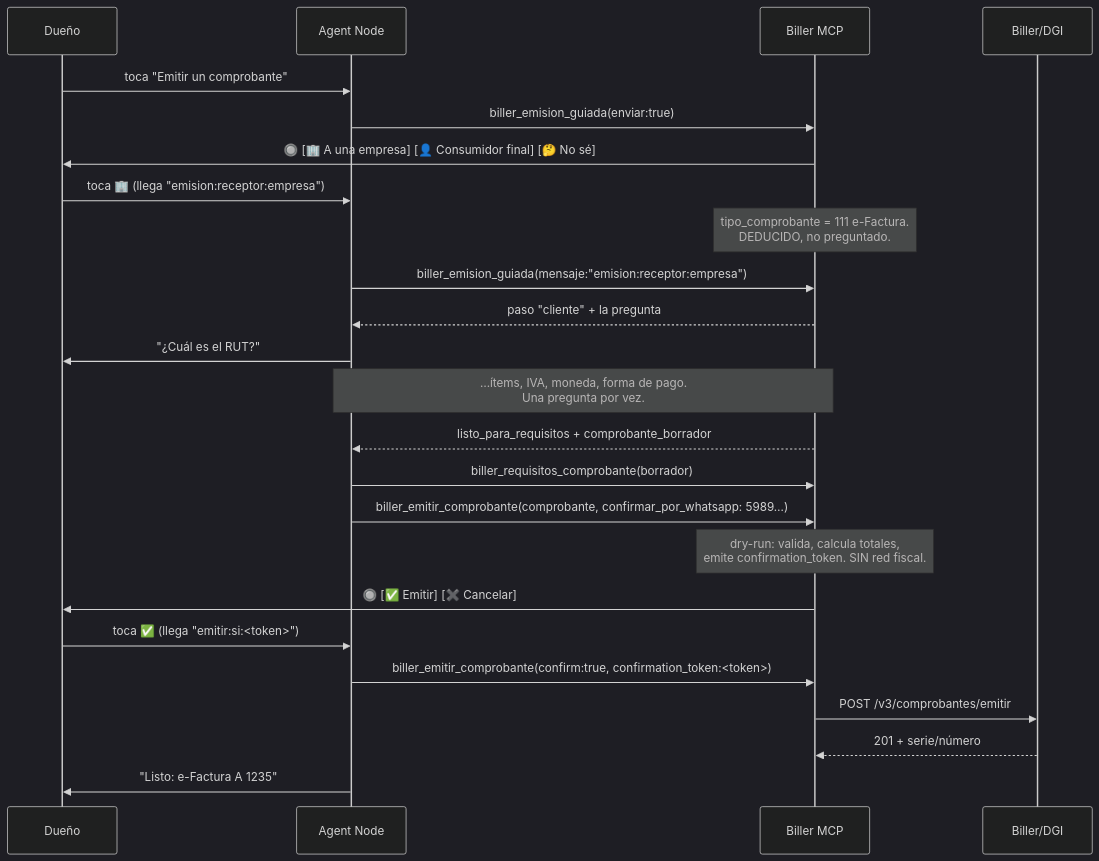
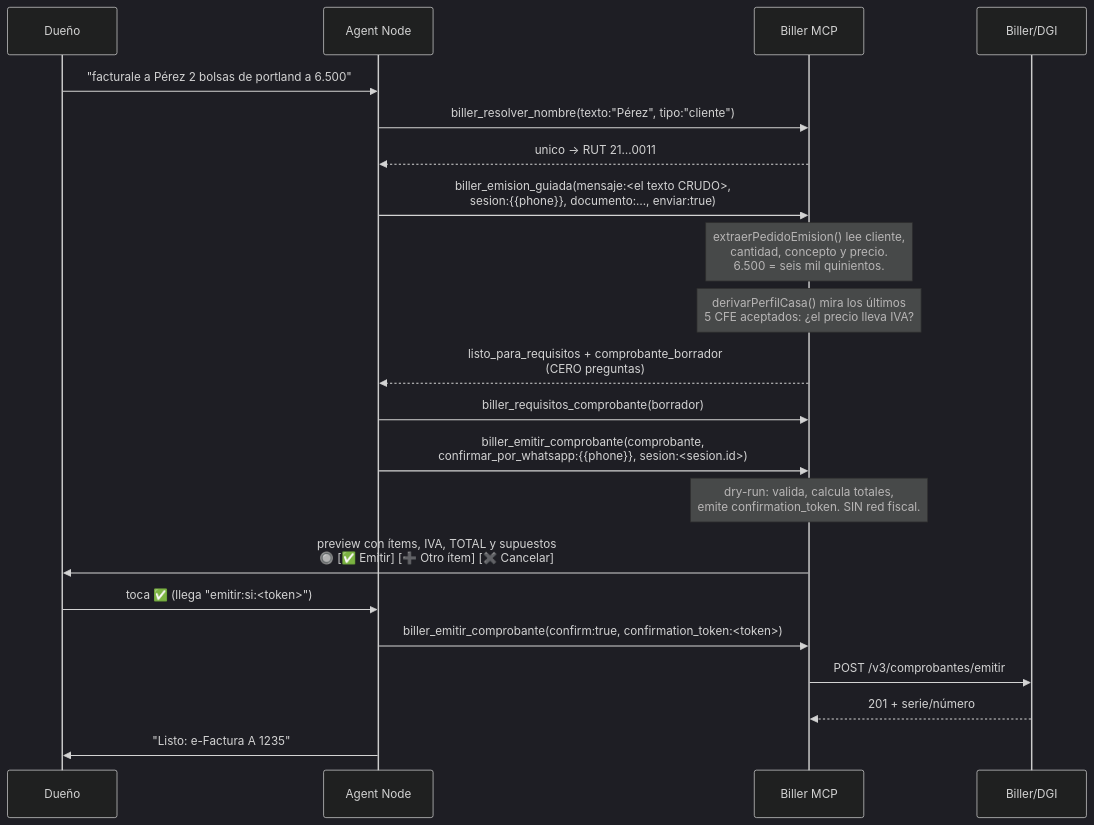
Before and after one commit to MateoFabregat/MCP_Biller: the second of 2 diagrams in docs/FLUJO_WHATSAPP.md, drawn with Mermaid (dark theme). The commit also changed other lines of this file and 5 other files, not shown here.

````diff
--- a/docs/FLUJO_WHATSAPP.md
+++ b/docs/FLUJO_WHATSAPP.md
@@ -241,27 +321,24 @@
 ```mermaid
 sequenceDiagram
     participant U as Dueño
     participant K as Agent Node
     participant M as Biller MCP
     participant B as Biller/DGI
 
-    U->>K: toca "Emitir un comprobante"
-    K->>M: biller_emision_guiada(enviar:true)
-    M->>U: 🔘 [🏢 A una empresa] [👤 Consumidor final] [🤔 No sé]
-    U->>K: toca 🏢 (llega "emision:receptor:empresa")
-    Note over M: tipo_comprobante = 111 e-Factura.<br/>DEDUCIDO, no preguntado.
-    K->>M: biller_emision_guiada(mensaje:"emision:receptor:empresa")
-    M-->>K: paso "cliente" + la pregunta
-    K->>U: "¿Cuál es el RUT?"
-    Note over K,M: …ítems, IVA, moneda, forma de pago.<br/>Una pregunta por vez.
-    M-->>K: listo_para_requisitos + comprobante_borrador
+    U->>K: "facturale a Pérez 2 bolsas de portland a 6.500"
+    K->>M: biller_resolver_nombre(texto:"Pérez", tipo:"cliente")
+    M-->>K: unico → RUT 21…0011
+    K->>M: biller_emision_guiada(mensaje:<el texto CRUDO>,<br/>sesion:{{phone}}, documento:…, enviar:true)
+    Note over M: extraerPedidoEmision() lee cliente,<br/>cantidad, concepto y precio.<br/>6.500 = seis mil quinientos.
+    Note over M: derivarPerfilCasa() mira los últimos<br/>5 CFE aceptados: ¿el precio lleva IVA?
+    M-->>K: listo_para_requisitos + comprobante_borrador<br/>(CERO preguntas)
     K->>M: biller_requisitos_comprobante(borrador)
-    K->>M: biller_emitir_comprobante(comprobante, confirmar_por_whatsapp: 5989…)
+    K->>M: biller_emitir_comprobante(comprobante,<br/>confirmar_por_whatsapp:{{phone}}, sesion:<sesion.id>)
     Note over M: dry-run: valida, calcula totales,<br/>emite confirmation_token. SIN red fiscal.
-    M->>U: 🔘 [✅ Emitir] [✖️ Cancelar]
+    M->>U: preview con ítems, IVA, TOTAL y supuestos<br/>🔘 [✅ Emitir] [➕ Otro ítem] [✖️ Cancelar]
     U->>K: toca ✅ (llega "emitir:si:<token>")
     K->>M: biller_emitir_comprobante(confirm:true, confirmation_token:<token>)
     M->>B: POST /v3/comprobantes/emitir
     B-->>M: 201 + serie/número
     K->>U: "Listo: e-Factura A 1235"
 ```
````
